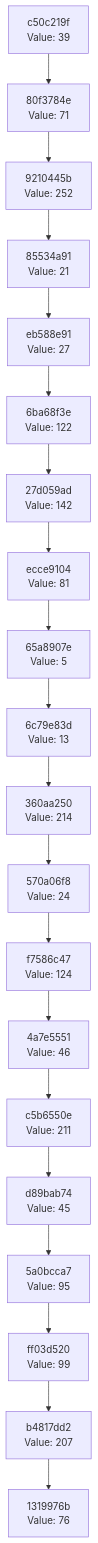
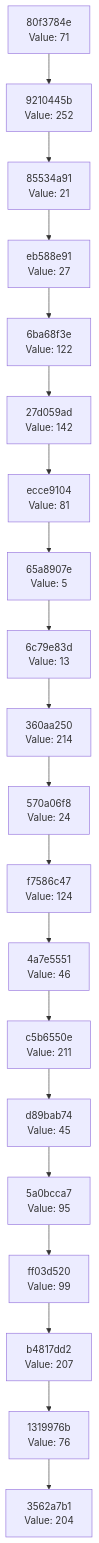
Before and after one commit to Abhisheksinha1506/hash-chain-evolver: the diagram in docs/CHAIN_VISUALIZATION.md, drawn with Mermaid. The commit also changed 2 other files, not shown here.

Commit message:
Evolution step: hash 0xCC → action executed

````diff
--- a/docs/CHAIN_VISUALIZATION.md
+++ b/docs/CHAIN_VISUALIZATION.md
@@ -3,42 +3,42 @@
 ```mermaid
 graph TD
-    C0["1319976b<br/>Value: 76"]
-    C1["b4817dd2<br/>Value: 207"]
+    C0["3562a7b1<br/>Value: 204"]
+    C1["1319976b<br/>Value: 76"]
     C1 --> C0
-    C2["ff03d520<br/>Value: 99"]
+    C2["b4817dd2<br/>Value: 207"]
     C2 --> C1
-    C3["5a0bcca7<br/>Value: 95"]
+    C3["ff03d520<br/>Value: 99"]
     C3 --> C2
-    C4["d89bab74<br/>Value: 45"]
+    C4["5a0bcca7<br/>Value: 95"]
     C4 --> C3
-    C5["c5b6550e<br/>Value: 211"]
+    C5["d89bab74<br/>Value: 45"]
     C5 --> C4
-    C6["4a7e5551<br/>Value: 46"]
+    C6["c5b6550e<br/>Value: 211"]
     C6 --> C5
-    C7["f7586c47<br/>Value: 124"]
+    C7["4a7e5551<br/>Value: 46"]
     C7 --> C6
-    C8["570a06f8<br/>Value: 24"]
+    C8["f7586c47<br/>Value: 124"]
     C8 --> C7
-    C9["360aa250<br/>Value: 214"]
+    C9["570a06f8<br/>Value: 24"]
     C9 --> C8
-    C10["6c79e83d<br/>Value: 13"]
+    C10["360aa250<br/>Value: 214"]
     C10 --> C9
-    C11["65a8907e<br/>Value: 5"]
+    C11["6c79e83d<br/>Value: 13"]
     C11 --> C10
-    C12["ecce9104<br/>Value: 81"]
+    C12["65a8907e<br/>Value: 5"]
     C12 --> C11
-    C13["27d059ad<br/>Value: 142"]
+    C13["ecce9104<br/>Value: 81"]
     C13 --> C12
-    C14["6ba68f3e<br/>Value: 122"]
+    C14["27d059ad<br/>Value: 142"]
     C14 --> C13
-    C15["eb588e91<br/>Value: 27"]
+    C15["6ba68f3e<br/>Value: 122"]
     C15 --> C14
-    C16["85534a91<br/>Value: 21"]
+    C16["eb588e91<br/>Value: 27"]
     C16 --> C15
-    C17["9210445b<br/>Value: 252"]
+    C17["85534a91<br/>Value: 21"]
     C17 --> C16
-    C18["80f3784e<br/>Value: 71"]
+    C18["9210445b<br/>Value: 252"]
     C18 --> C17
-    C19["c50c219f<br/>Value: 39"]
+    C19["80f3784e<br/>Value: 71"]
     C19 --> C18
 ```
````
